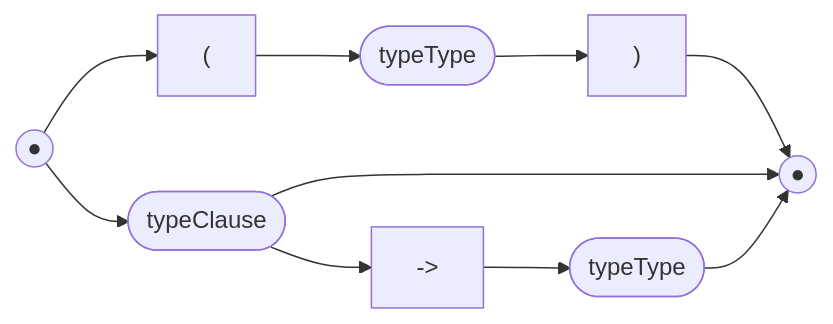
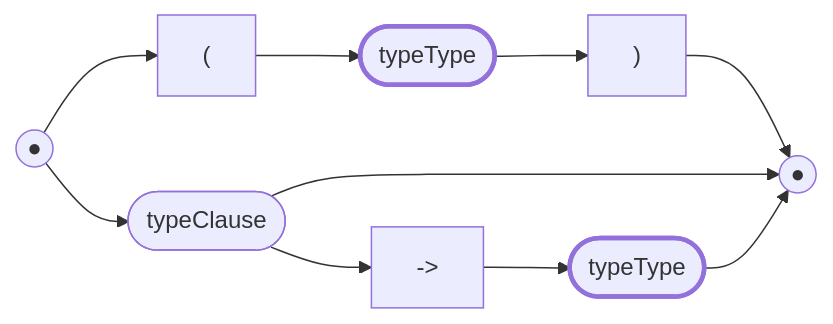
Diagram 17 of 59 in docs/railroad.md (billhails/CEKF), drawn with Mermaid before and after one commit. The commit also changed other lines of this file, not shown here.

````diff
--- a/docs/railroad.md
+++ b/docs/railroad.md
@@ -270,9 +290,10 @@
 ```mermaid
 flowchart LR
+classDef rec stroke-width:3px;
 s(("●"))
 e(("●"))
-s --> open["("] --> tt([typeType]) --> close[")"] --> e
+s --> open["("] --> tt([typeType]):::rec --> close[")"] --> e
 s --> tc([typeClause])
 tc --> e
-tc --> arrow["->"] --> tt2([typeType]) --> e
+tc --> arrow["->"] --> tt2([typeType]):::rec --> e
 ```
````
